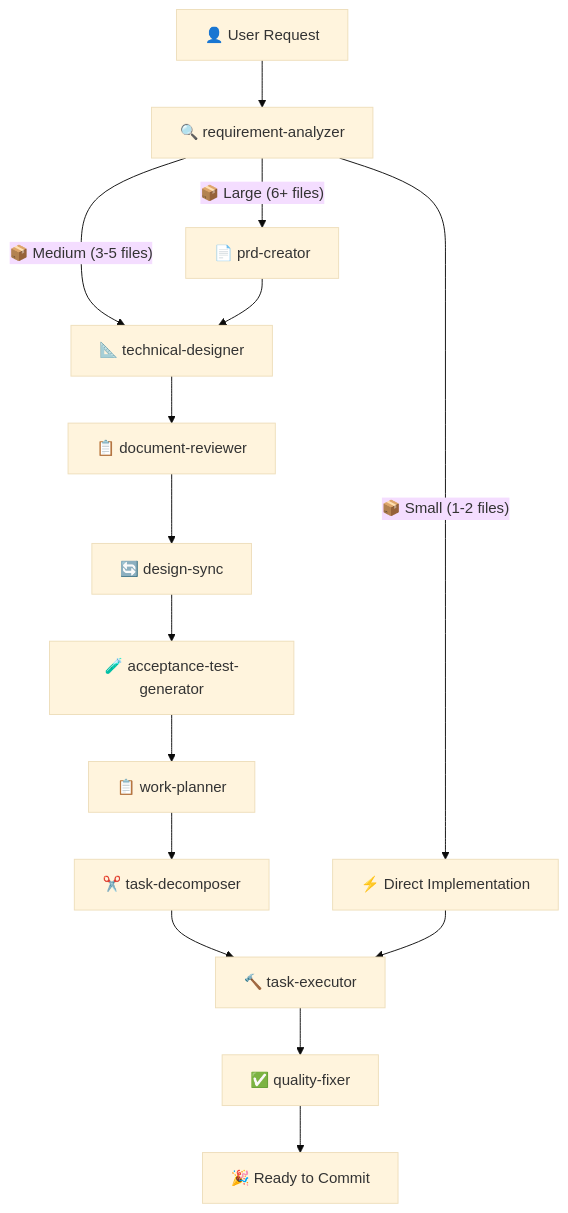
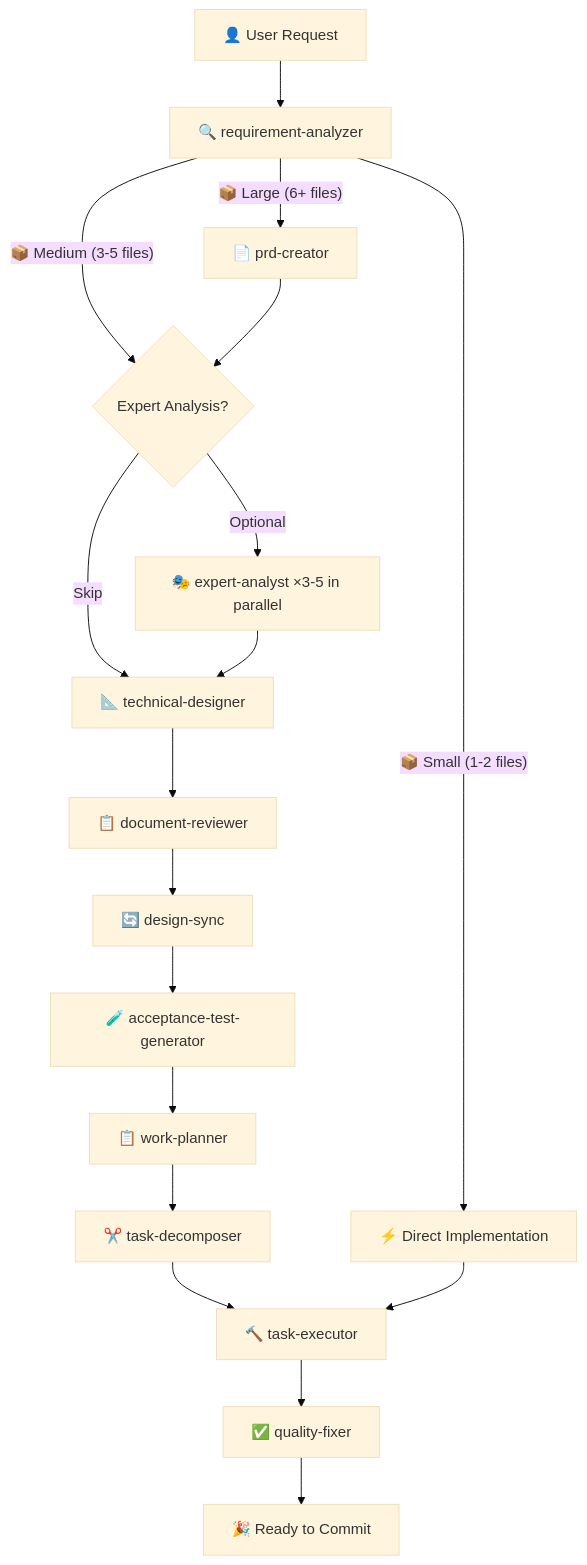
Before and after one commit to tundraray/overture: the first of 4 diagrams in README.md, drawn with Mermaid (base theme). The commit also changed other lines of this file, not shown here.

First line of the commit message:
docs: update workflow diagrams with expert analysis and audit flows

````diff
--- a/README.md
+++ b/README.md
@@ -76,21 +76,24 @@
 ```mermaid
 graph TB
     A[👤 User Request] --> B[🔍 requirement-analyzer]
 
     B --> |"📦 Large (6+ files)"| C[📄 prd-creator]
-    B --> |"📦 Medium (3-5 files)"| D[📐 technical-designer]
+    B --> |"📦 Medium (3-5 files)"| EX{Expert Analysis?}
     B --> |"📦 Small (1-2 files)"| E[⚡ Direct Implementation]
 
-    C --> D
+    C --> EX
+    EX --> |Optional| EA[🎭 expert-analyst ×3-5 in parallel]
+    EX --> |Skip| D[📐 technical-designer]
+    EA --> D
     D --> DR[📋 document-reviewer]
     DR --> DS[🔄 design-sync]
     DS --> F[🧪 acceptance-test-generator]
     F --> G[📋 work-planner]
     G --> H[✂️ task-decomposer]
 
     H --> I[🔨 task-executor]
     E --> I
 
     I --> J[✅ quality-fixer]
     J --> K[🎉 Ready to Commit]
 ```
````
